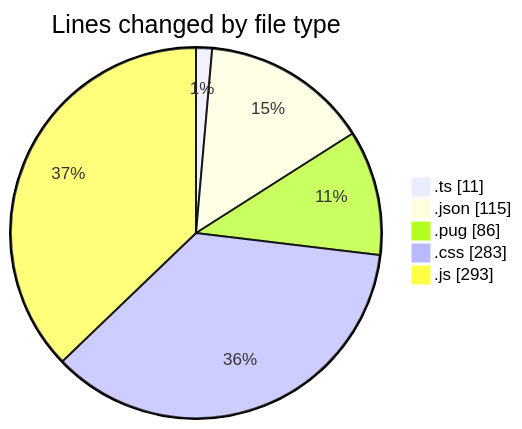
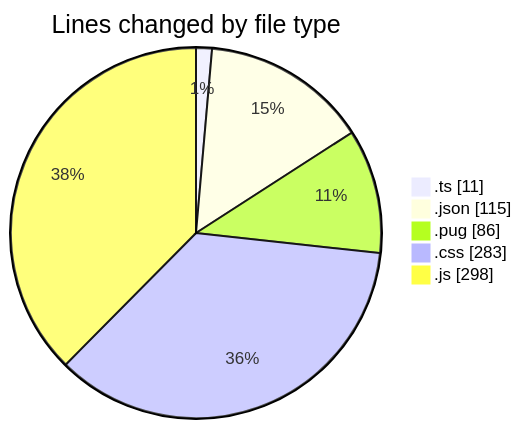
The first of 2 diagrams in 2025-02-24/cda/README.md (momahboobian/code-tracking), drawn with Mermaid before and after one commit. The commit also changed other lines of this file and 1 other file, not shown here.

````diff
--- a/2025-02-24/cda/README.md
+++ b/2025-02-24/cda/README.md
@@ -31,9 +31,9 @@
 ```mermaid
 pie showData
 title Lines changed by file type
 ".ts" : 11
 ".json" : 115
 ".pug" : 86
 ".css" : 283
-".js" : 293
+".js" : 298
 ```
````
